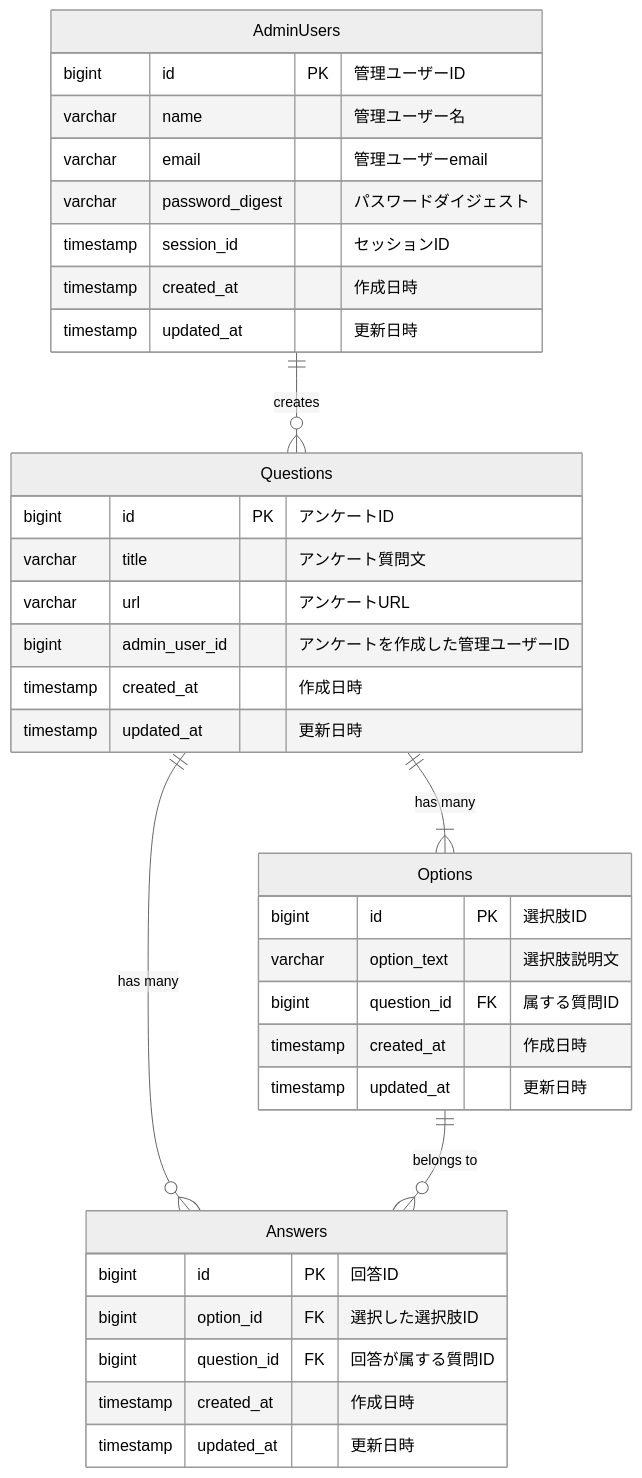
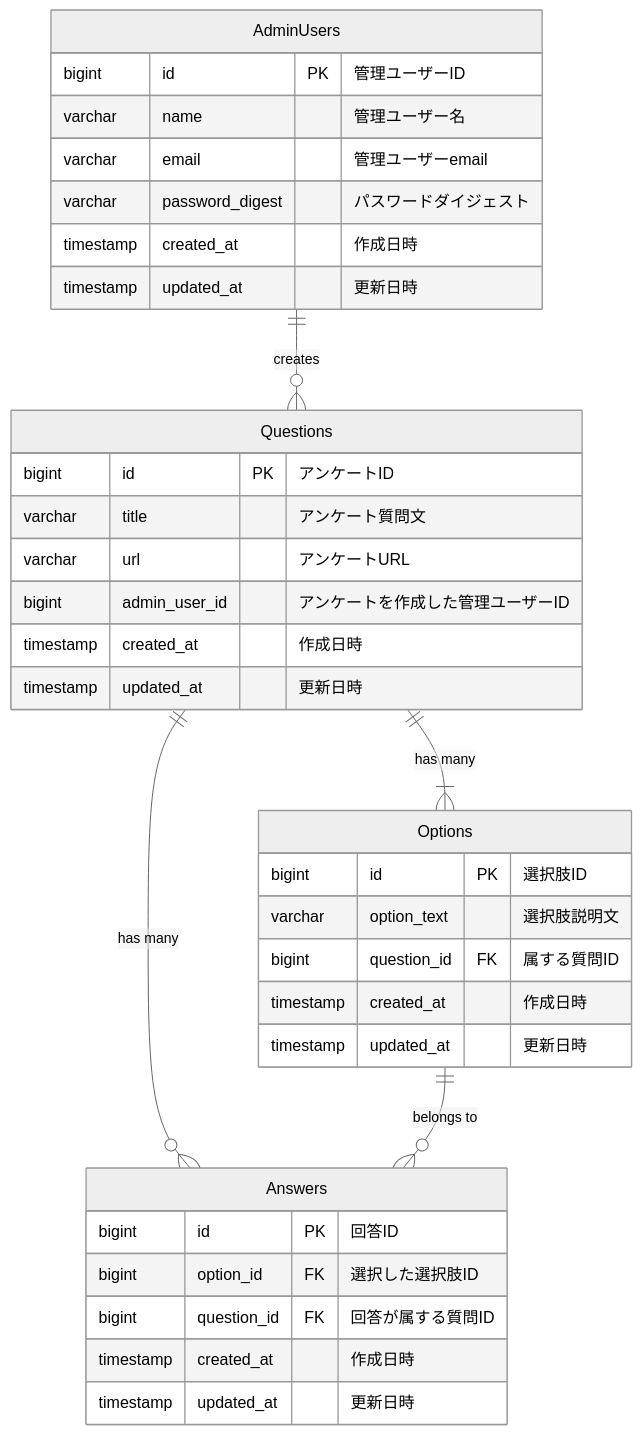
The diagram in README.md (yamatowani/questionnaire-system), drawn with Mermaid (neutral theme) before and after one commit. The commit also changed other lines of this file and 3 other files, not shown here.

````diff
--- a/README.md
+++ b/README.md
@@ -23,44 +23,43 @@
 ```mermaid
 erDiagram
 
     AdminUsers {
         bigint id PK "管理ユーザーID"
         varchar name "管理ユーザー名"
         varchar email "管理ユーザーemail"
         varchar password_digest "パスワードダイジェスト"
-        timestamp session_id "セッションID"
         timestamp created_at "作成日時"
         timestamp updated_at "更新日時"
     }
 
     Questions {
         bigint id PK "アンケートID"
         varchar title "アンケート質問文"
         varchar url "アンケートURL"
         bigint admin_user_id "アンケートを作成した管理ユーザーID"
         timestamp created_at "作成日時"
         timestamp updated_at "更新日時"
     }
 
     Options {
         bigint id PK "選択肢ID"
         varchar option_text "選択肢説明文"
         bigint question_id FK "属する質問ID"
         timestamp created_at "作成日時"
         timestamp updated_at "更新日時"
     }
 
     Answers {
         bigint id PK "回答ID"
         bigint option_id FK "選択した選択肢ID"
         bigint question_id FK "回答が属する質問ID"
         timestamp created_at "作成日時"
         timestamp updated_at "更新日時"
     }
 
     %% リレーションシップ
     AdminUsers ||--o{ Questions : "creates"
     Questions ||--|{ Options : "has many"
     Questions ||--o{ Answers : "has many"
     Options ||--o{ Answers : "belongs to"
 ```
````
